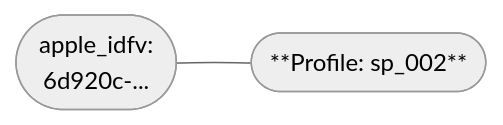
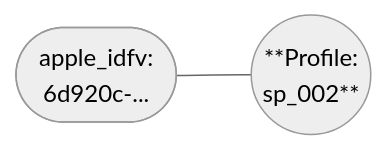
The third of 9 diagrams in docs/identities/concepts/index.md (snowplow/documentation), drawn with Mermaid (neutral theme) before and after one commit. The commit also changed other lines of this file and 2 other files, not shown here.

````diff
--- a/docs/identities/concepts/index.md
+++ b/docs/identities/concepts/index.md
@@ -104,7 +111,7 @@
 ```mermaid
 graph LR
     C(["apple_idfv:<br/>6d920c-..."])
-    P2(["**Profile: sp_002**"])
+    P2(("**Profile:<br/> sp_002**"))
 
     C --- P2
 ```
````
